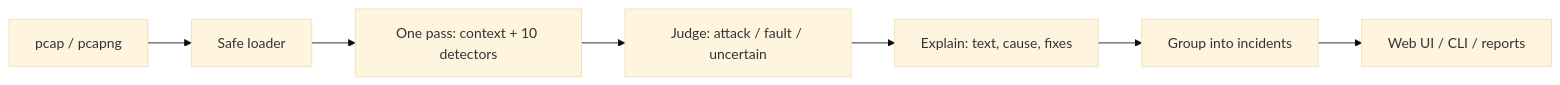
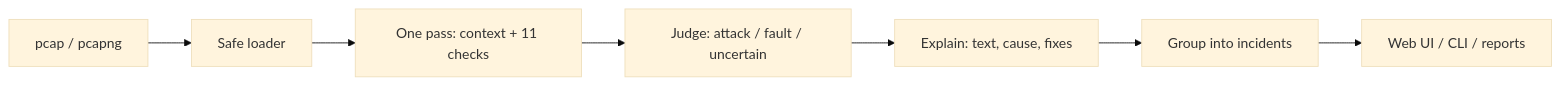
One commit to vishnu-1709/caughtin4k changed the diagram in README.md. Above: the diagram before and after it, drawn with Mermaid (base theme). The commit also changed other lines of this file and 17 other files, not shown here.

````diff
--- a/README.md
+++ b/README.md
@@ -95,9 +106,9 @@
 ```mermaid
 flowchart LR
     A[pcap / pcapng] --> B[Safe loader]
-    B --> C[One pass: context + 10 detectors]
+    B --> C[One pass: context + 11 checks]
     C --> D[Judge: attack / fault / uncertain]
     D --> E[Explain: text, cause, fixes]
     E --> F[Group into incidents]
     F --> G[Web UI / CLI / reports]
 ```
````
